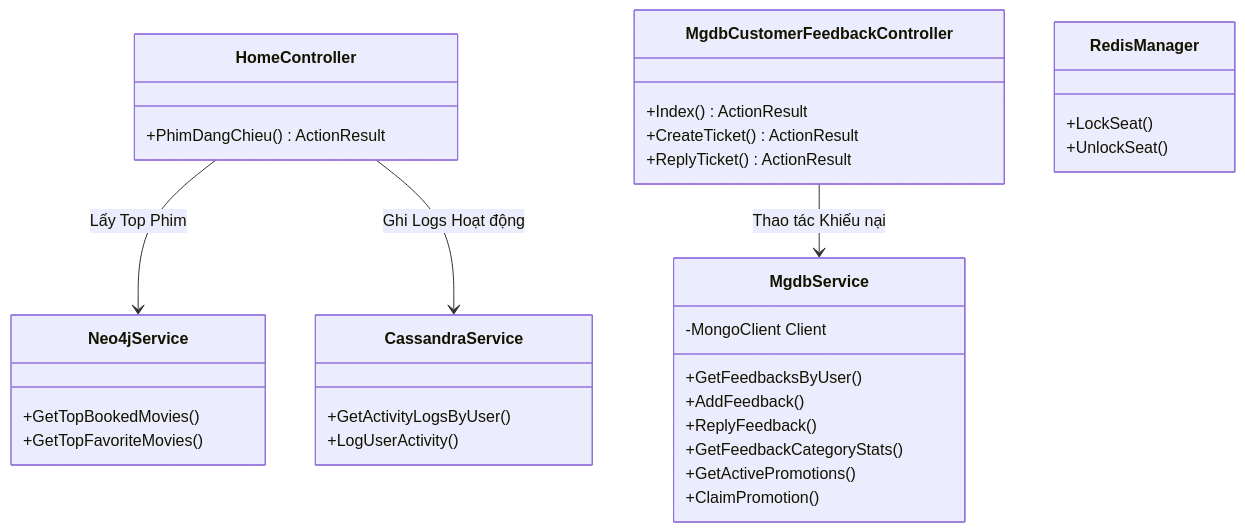
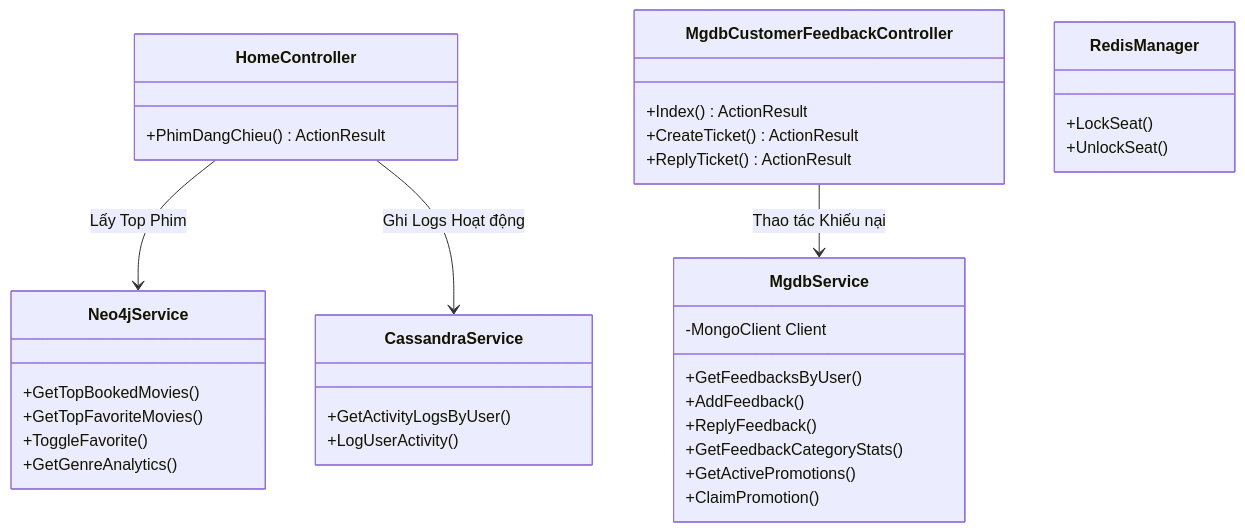
The second of 8 diagrams in TaiLieu/TaiLieu_SDS_ToanBo_HeThong_Movana.md (Anh-BE/WEB_DatVe_XemPhim), drawn with Mermaid before and after one commit. The commit also changed other lines of this file and 1 other file, not shown here.

````diff
--- a/TaiLieu/TaiLieu_SDS_ToanBo_HeThong_Movana.md
+++ b/TaiLieu/TaiLieu_SDS_ToanBo_HeThong_Movana.md
@@ -221,41 +221,43 @@
 ```mermaid
 classDiagram
     class HomeController {
         +PhimDangChieu() ActionResult
     }
 
     class MgdbCustomerFeedbackController {
         +Index() ActionResult
         +CreateTicket() ActionResult
         +ReplyTicket() ActionResult
     }
 
     class MgdbService {
         -MongoClient Client
         +GetFeedbacksByUser()
         +AddFeedback()
         +ReplyFeedback()
         +GetFeedbackCategoryStats()
         +GetActivePromotions()
         +ClaimPromotion()
     }
 
     class Neo4jService {
         +GetTopBookedMovies()
         +GetTopFavoriteMovies()
+        +ToggleFavorite()
+        +GetGenreAnalytics()
     }
 
     class CassandraService {
         +GetActivityLogsByUser()
         +LogUserActivity()
     }
 
     class RedisManager {
         +LockSeat()
         +UnlockSeat()
     }
 
     HomeController --> Neo4jService : Lấy Top Phim
     MgdbCustomerFeedbackController --> MgdbService : Thao tác Khiếu nại
     HomeController --> CassandraService : Ghi Logs Hoạt động
 ```
````
